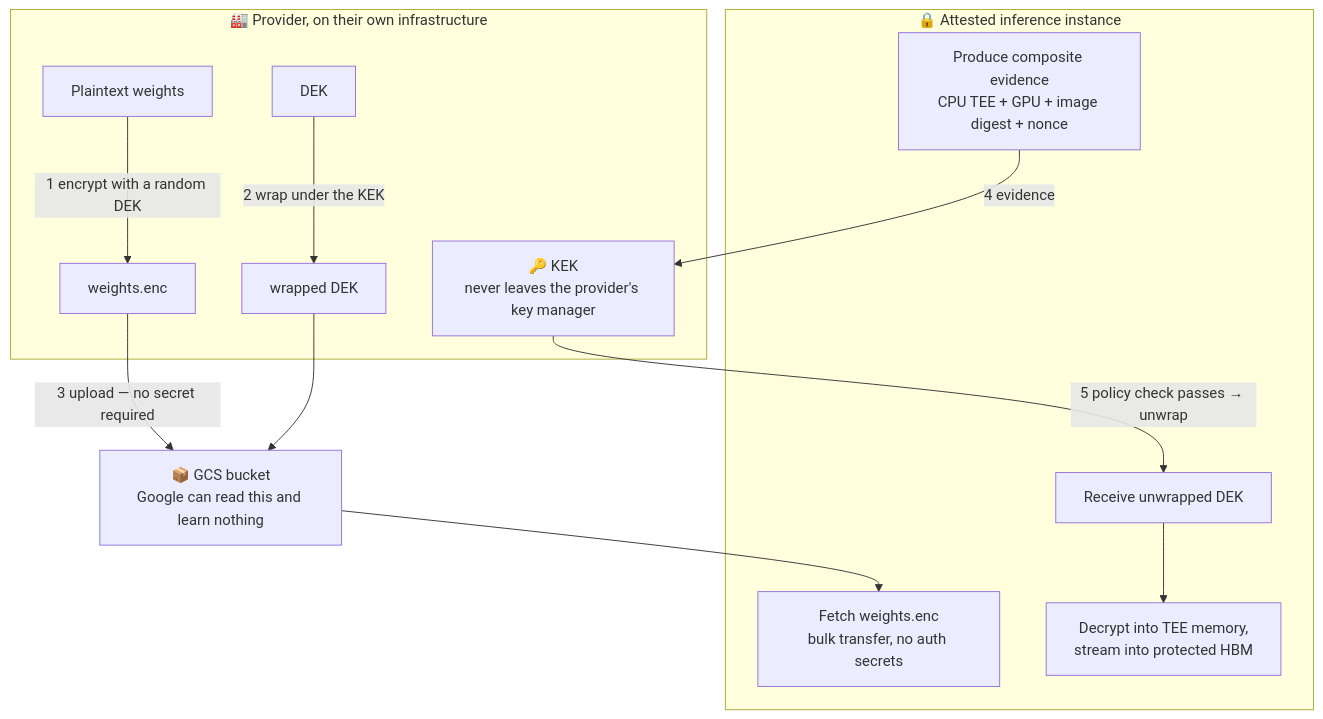
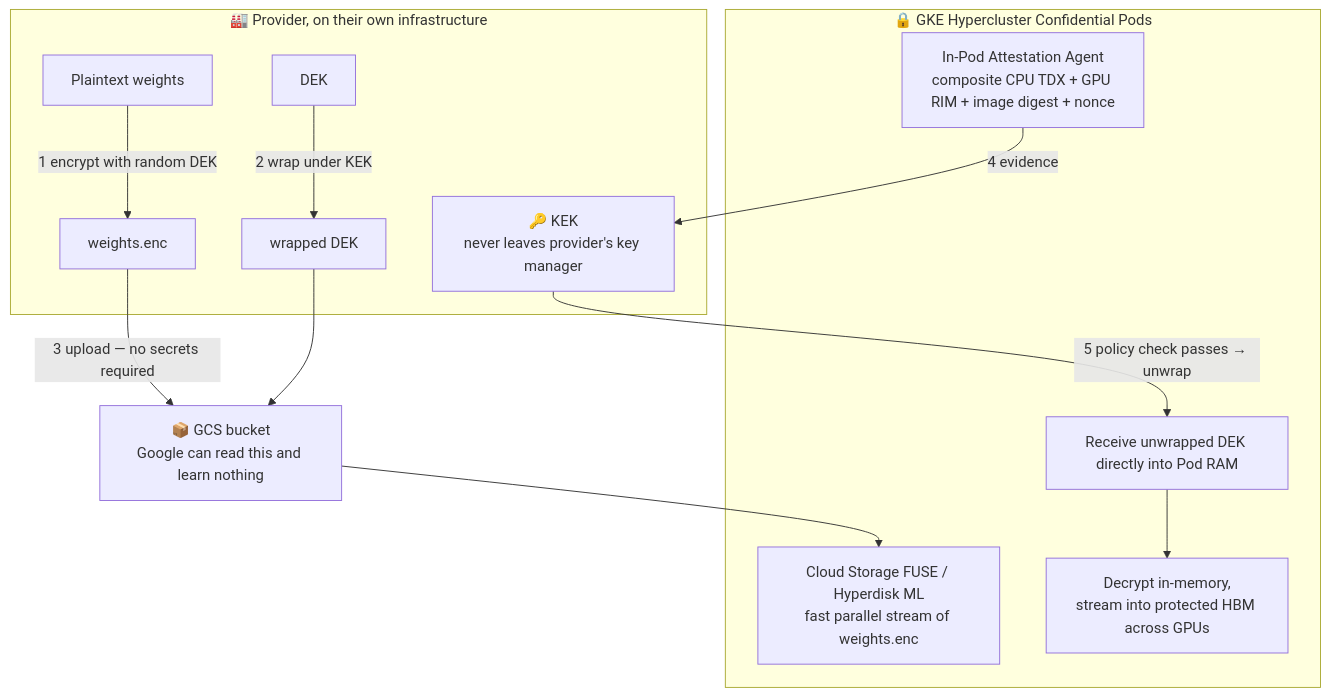
Before and after one commit to Marinette101/llm-cc-in-k8s: the second of 5 diagrams in docs/en/06_designing_confidential_llm_serving_on_gke.md, drawn with Mermaid. The commit also changed other lines of this file and 9 other files, not shown here.

Commit message:
feat: incorporate GKE Hypercluster and AI Hypercomputer architecture into confidential LLM serving docs

````diff
--- a/docs/en/06_designing_confidential_llm_serving_on_gke.md
+++ b/docs/en/06_designing_confidential_llm_serving_on_gke.md
@@ -106,23 +129,23 @@
 ```mermaid
 flowchart TD
     subgraph PROV ["🏭 Provider, on their own infrastructure"]
-        A["Plaintext weights"] -->|"1 encrypt with a random DEK"| B["weights.enc"]
-        C["DEK"] -->|"2 wrap under the KEK"| D["wrapped DEK"]
-        E["🔑 KEK<br>never leaves the provider's key manager"]
+        A["Plaintext weights"] -->|"1 encrypt with random DEK"| B["weights.enc"]
+        C["DEK"] -->|"2 wrap under KEK"| D["wrapped DEK"]
+        E["🔑 KEK<br>never leaves provider's key manager"]
     end
 
-    B -->|"3 upload — no secret required"| F["📦 GCS bucket<br>Google can read this and learn nothing"]
+    B -->|"3 upload — no secrets required"| F["📦 GCS bucket<br>Google can read this and learn nothing"]
     D --> F
 
-    subgraph TEE ["🔒 Attested inference instance"]
-        G["Fetch weights.enc<br>bulk transfer, no auth secrets"]
-        H["Produce composite evidence<br>CPU TEE + GPU + image digest + nonce"]
-        I["Receive unwrapped DEK"]
-        J["Decrypt into TEE memory,<br>stream into protected HBM"]
+    subgraph GKE_TEE ["🔒 GKE Hypercluster Confidential Pods"]
+        G["Cloud Storage FUSE / Hyperdisk ML<br>fast parallel stream of weights.enc"]
+        H["In-Pod Attestation Agent<br>composite CPU TDX + GPU RIM + image digest + nonce"]
+        I["Receive unwrapped DEK directly into Pod RAM"]
+        J["Decrypt in-memory,<br>stream into protected HBM across GPUs"]
     end
 
     F --> G
     H -->|"4 evidence"| E
     E -->|"5 policy check passes → unwrap"| I
     I --> J
 ```
````
